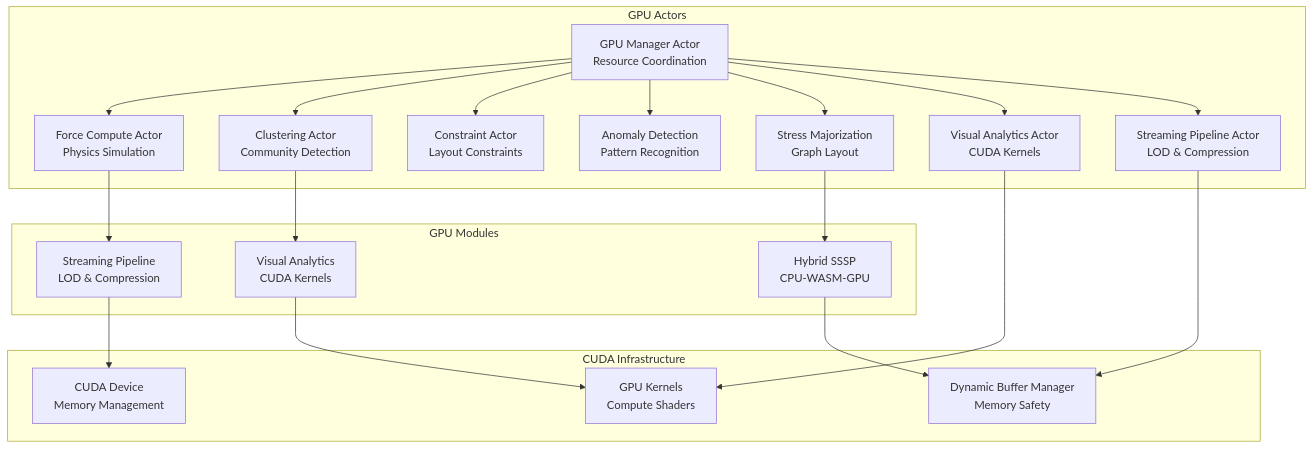
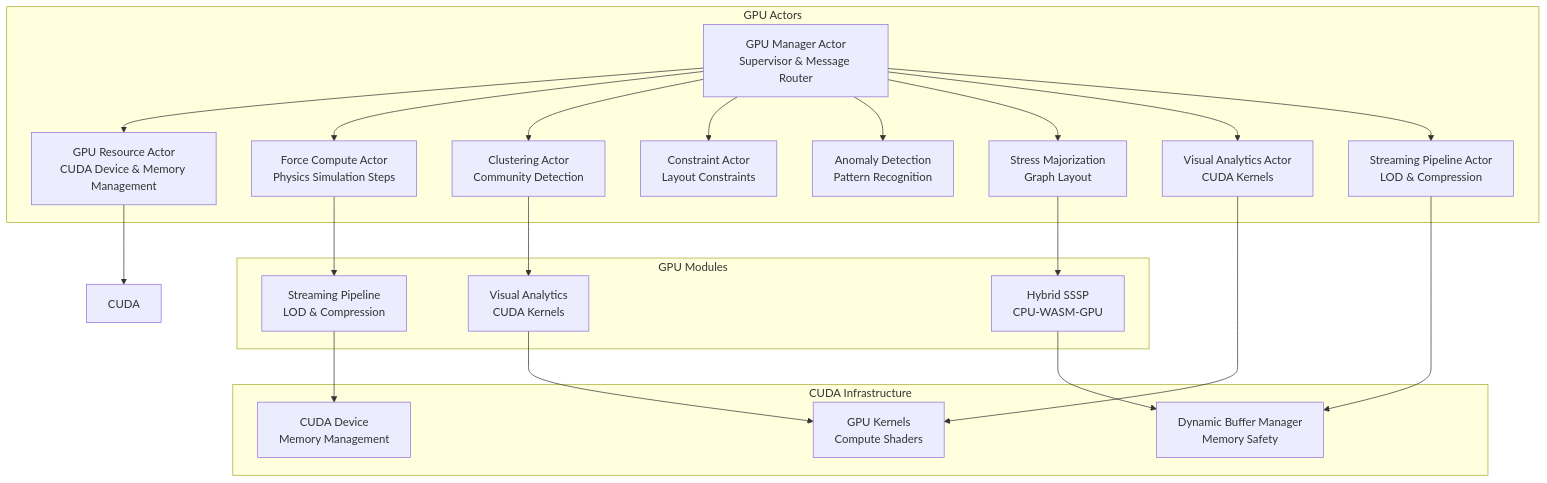
Before and after one commit to DreamLab-AI/VisionFlow: the fourth of 5 diagrams in docs/server-architecture.md, drawn with Mermaid. The commit also changed other lines of this file and 10 other files, not shown here.

````diff
--- a/docs/server-architecture.md
+++ b/docs/server-architecture.md
@@ -543,43 +544,46 @@
 ```mermaid
 graph TB
     subgraph "GPU Actors"
-        GPUManager[GPU Manager Actor<br/>Resource Coordination]
-        ForceComputeActor[Force Compute Actor<br/>Physics Simulation]
+        GPUManager[GPU Manager Actor<br/>Supervisor & Message Router]
+        GPUResourceActor[GPU Resource Actor<br/>CUDA Device & Memory Management]
+        ForceComputeActor[Force Compute Actor<br/>Physics Simulation Steps]
         ClusteringActor[Clustering Actor<br/>Community Detection]
         ConstraintActor[Constraint Actor<br/>Layout Constraints]
         AnomalyDetectionActor[Anomaly Detection<br/>Pattern Recognition]
         StressMajorizationActor[Stress Majorization<br/>Graph Layout]
         VisualAnalyticsActor[Visual Analytics Actor<br/>CUDA Kernels]
         StreamingPipelineActor[Streaming Pipeline Actor<br/>LOD & Compression]
     end
 
     subgraph "GPU Modules"
         StreamingPipeline[Streaming Pipeline<br/>LOD & Compression]
         VisualAnalytics[Visual Analytics<br/>CUDA Kernels]
         HybridSSPExecutor[Hybrid SSSP<br/>CPU-WASM-GPU]
     end
 
     subgraph "CUDA Infrastructure"
         CUDADevice[CUDA Device<br/>Memory Management]
         Kernels[GPU Kernels<br/>Compute Shaders]
         BufferManager[Dynamic Buffer Manager<br/>Memory Safety]
     end
 
+    GPUManager --> GPUResourceActor
     GPUManager --> ForceComputeActor
     GPUManager --> ClusteringActor
     GPUManager --> ConstraintActor
     GPUManager --> AnomalyDetectionActor
     GPUManager --> StressMajorizationActor
     GPUManager --> VisualAnalyticsActor
     GPUManager --> StreamingPipelineActor
 
+    GPUResourceActor --> CUDA
     ForceComputeActor --> StreamingPipeline
     ClusteringActor --> VisualAnalytics
     StressMajorizationActor --> HybridSSPExecutor
     VisualAnalyticsActor --> Kernels
     StreamingPipelineActor --> BufferManager
 
     StreamingPipeline --> CUDADevice
     VisualAnalytics --> Kernels
     HybridSSPExecutor --> BufferManager
 ```
````
